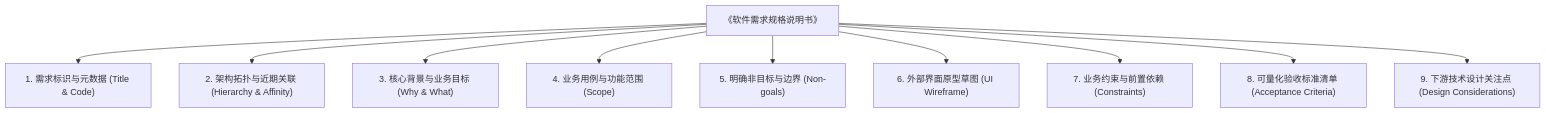
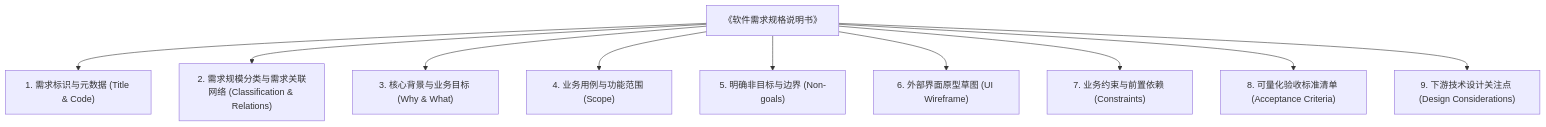
One commit to xiaobaiworld/autodev changed the diagram in docs/modules/requirements/feishu-requirement-bot.md. Above: the diagram before and after it, drawn with Mermaid. The commit also changed other lines of this file and 2 other files, not shown here.

Commit message:
feat(requirements): 正式规范化从模糊到清晰的渐进式需求演进流程 (Progressive Elaboration)

````diff
--- a/docs/modules/requirements/feishu-requirement-bot.md
+++ b/docs/modules/requirements/feishu-requirement-bot.md
@@ -30,13 +31,13 @@
 ```mermaid
 flowchart TD
     Doc["《软件需求规格说明书》"]
     Doc --> C1["1. 需求标识与元数据 (Title & Code)"]
-    Doc --> C2["2. 架构拓扑与近期关联 (Hierarchy & Affinity)"]
+    Doc --> C2["2. 需求规模分类与需求关联网络 (Classification & Relations)"]
     Doc --> C3["3. 核心背景与业务目标 (Why & What)"]
     Doc --> C4["4. 业务用例与功能范围 (Scope)"]
     Doc --> C5["5. 明确非目标与边界 (Non-goals)"]
     Doc --> C6["6. 外部界面原型草图 (UI Wireframe)"]
     Doc --> C7["7. 业务约束与前置依赖 (Constraints)"]
     Doc --> C8["8. 可量化验收标准清单 (Acceptance Criteria)"]
     Doc --> C9["9. 下游技术设计关注点 (Design Considerations)"]
 ```
````
